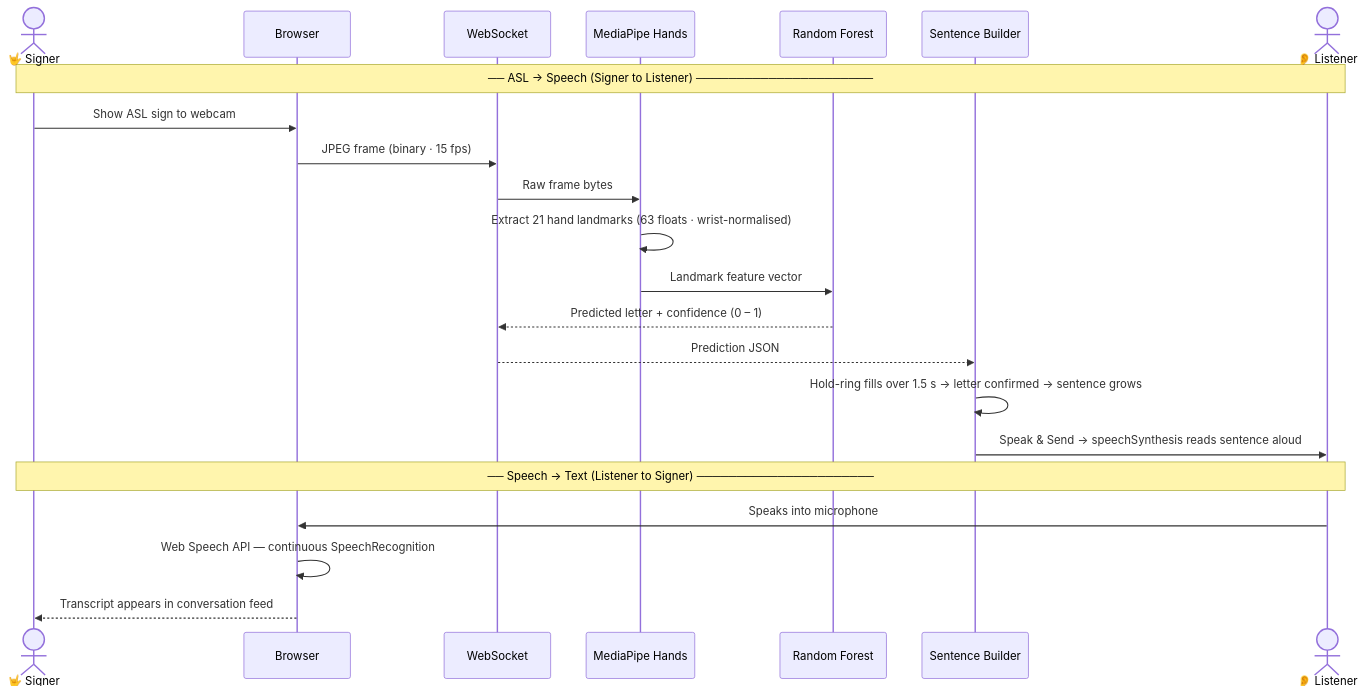
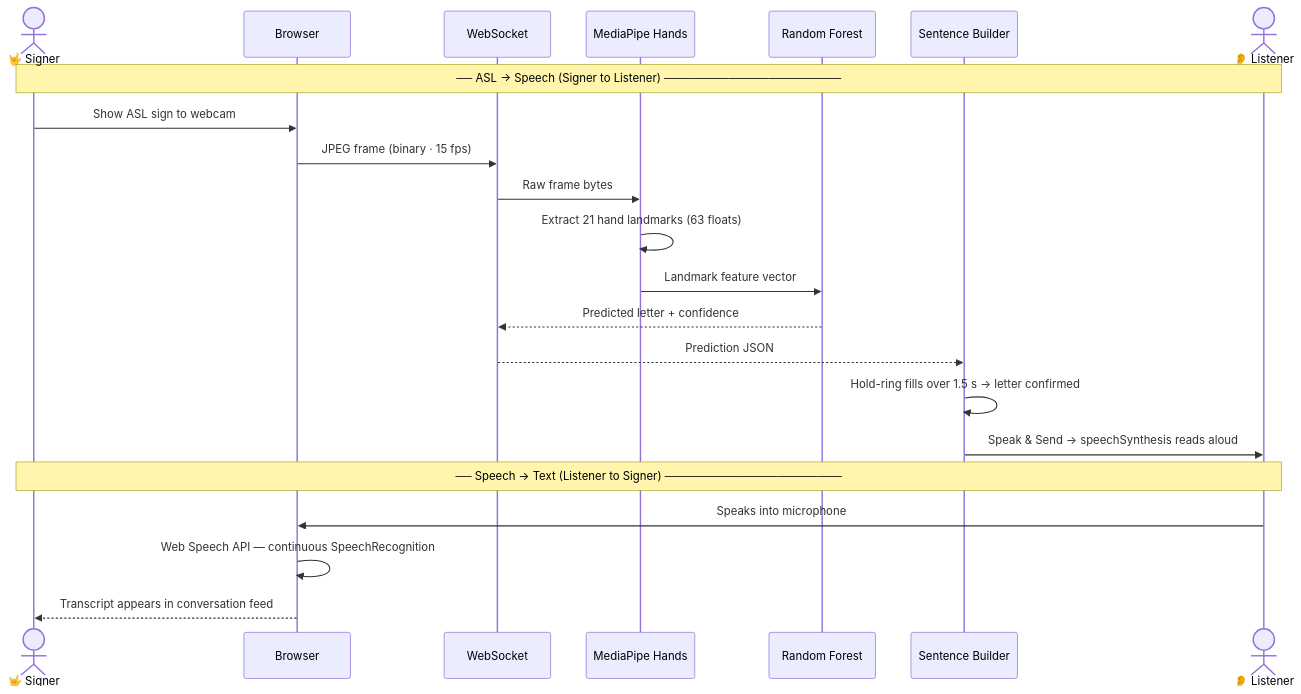
One commit to pvchaitanya8/Sign_Bridge changed the diagram in README.md. Above: the diagram before and after it, drawn with Mermaid. The commit also changed other lines of this file, not shown here.

````diff
--- a/README.md
+++ b/README.md
@@ -24,28 +48,28 @@
 ```mermaid
 sequenceDiagram
     actor S as 🤟 Signer
     participant B as Browser
     participant WS as WebSocket
     participant MP as MediaPipe Hands
     participant RF as Random Forest
     participant UI as Sentence Builder
     actor L as 👂 Listener
 
     Note over S,L: ── ASL → Speech  (Signer to Listener) ──────────────────────
 
     S->>B: Show ASL sign to webcam
     B->>WS: JPEG frame (binary · 15 fps)
     WS->>MP: Raw frame bytes
-    MP->>MP: Extract 21 hand landmarks (63 floats · wrist-normalised)
+    MP->>MP: Extract 21 hand landmarks (63 floats)
     MP->>RF: Landmark feature vector
-    RF-->>WS: Predicted letter + confidence (0 – 1)
+    RF-->>WS: Predicted letter + confidence
     WS-->>UI: Prediction JSON
-    UI->>UI: Hold-ring fills over 1.5 s → letter confirmed → sentence grows
-    UI->>L: Speak & Send → speechSynthesis reads sentence aloud
+    UI->>UI: Hold-ring fills over 1.5 s → letter confirmed
+    UI->>L: Speak & Send → speechSynthesis reads aloud
 
     Note over S,L: ── Speech → Text  (Listener to Signer) ──────────────────────
 
     L->>B: Speaks into microphone
     B->>B: Web Speech API — continuous SpeechRecognition
     B-->>S: Transcript appears in conversation feed
 ```
````
